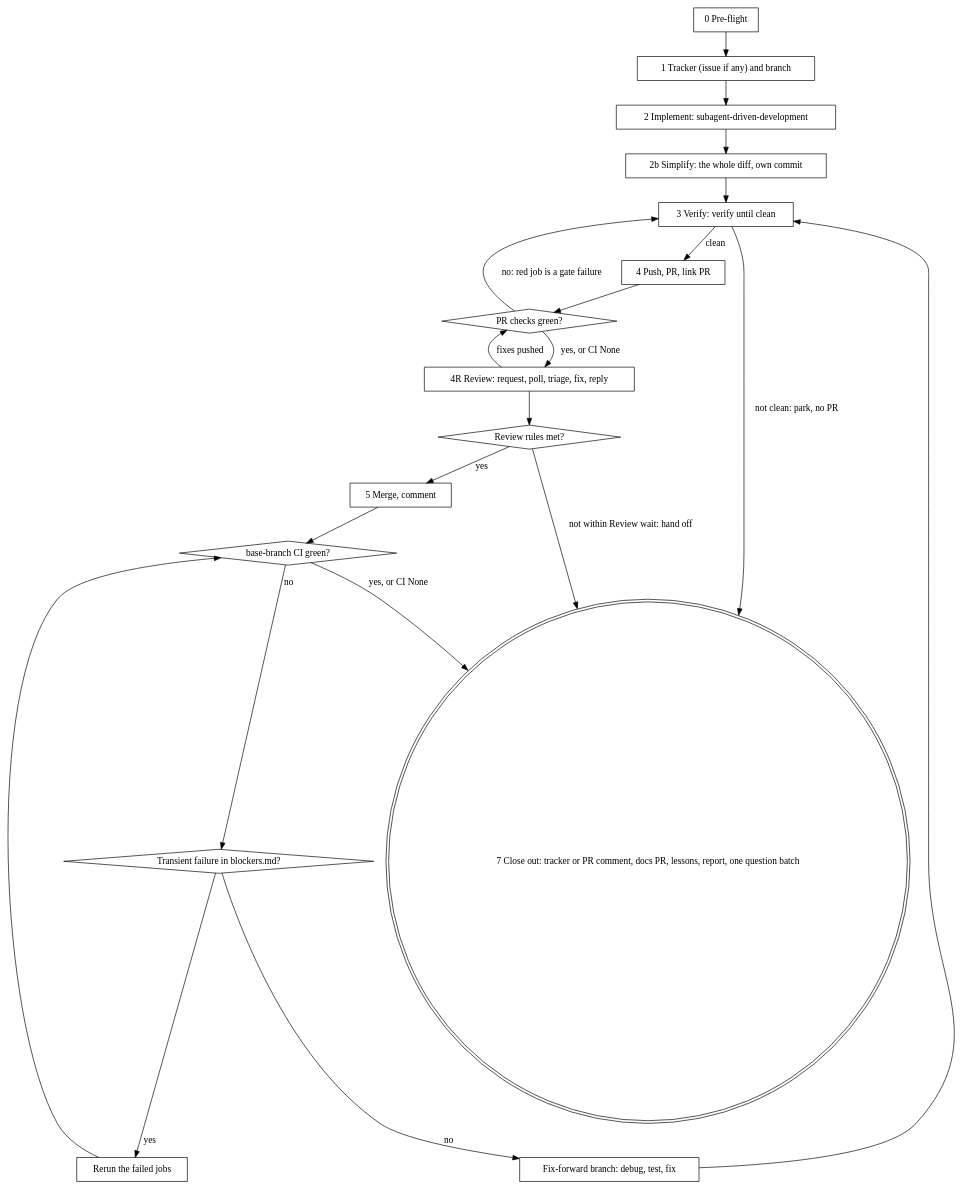
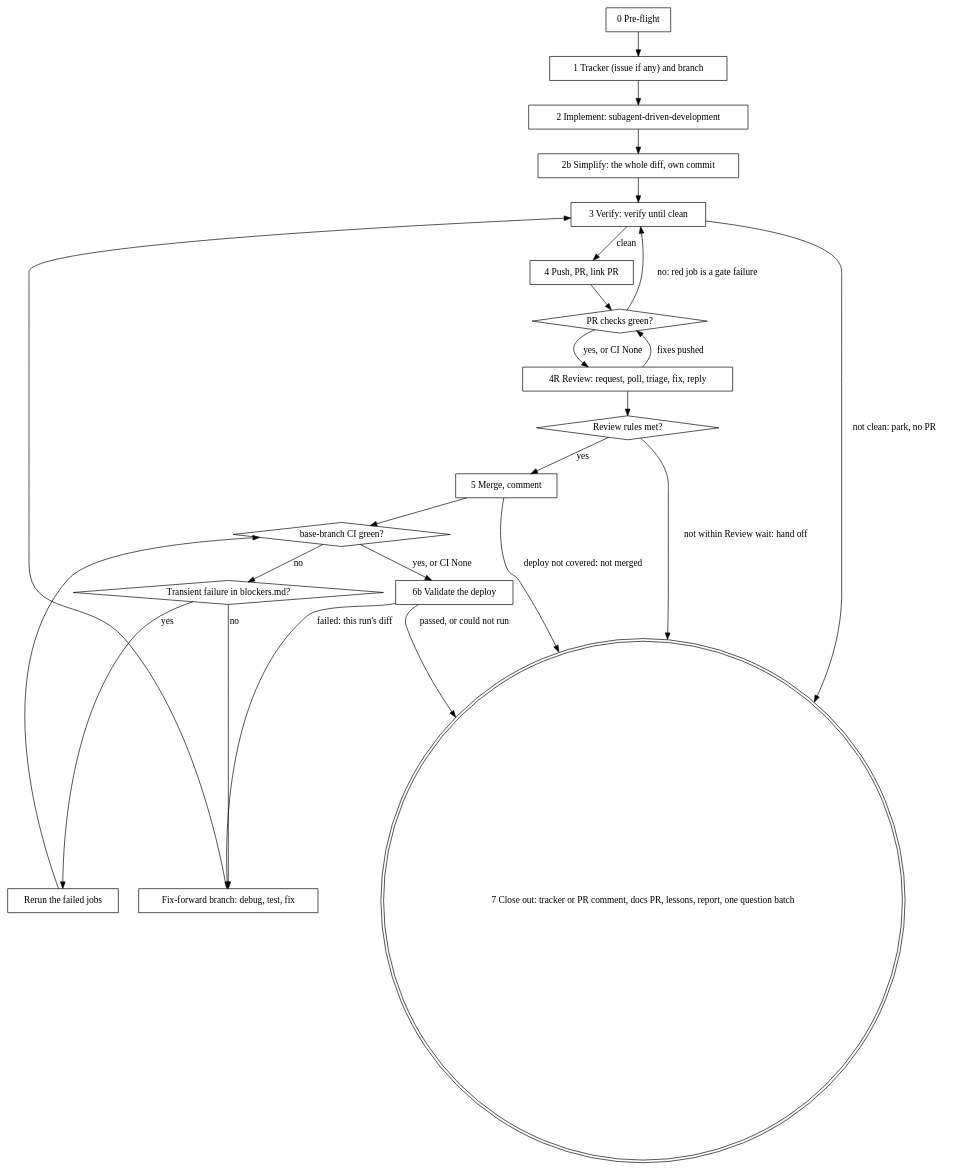
One commit to tarmopr/ai-skills changed the diagram in skills/ship-plan/SKILL.md. Above: the diagram before and after it, drawn with Graphviz. The commit also changed other lines of this file and 4 other files, not shown here.

````diff
--- a/skills/ship-plan/SKILL.md
+++ b/skills/ship-plan/SKILL.md
@@ -184,40 +184,44 @@
 ```dot
 digraph ship {
   "0 Pre-flight" [shape=box];
   "1 Tracker (issue if any) and branch" [shape=box];
   "2 Implement: subagent-driven-development" [shape=box];
   "2b Simplify: the whole diff, own commit" [shape=box];
   "3 Verify: verify until clean" [shape=box];
   "4 Push, PR, link PR" [shape=box];
   "PR checks green?" [shape=diamond];
   "4R Review: request, poll, triage, fix, reply" [shape=box];
   "Review rules met?" [shape=diamond];
   "5 Merge, comment" [shape=box];
   "base-branch CI green?" [shape=diamond];
   "Transient failure in blockers.md?" [shape=diamond];
   "Rerun the failed jobs" [shape=box];
   "Fix-forward branch: debug, test, fix" [shape=box];
+  "6b Validate the deploy" [shape=box];
   "7 Close out: tracker or PR comment, docs PR, lessons, report, one question batch" [shape=doublecircle];
 
   "0 Pre-flight" -> "1 Tracker (issue if any) and branch";
   "1 Tracker (issue if any) and branch" -> "2 Implement: subagent-driven-development";
   "2 Implement: subagent-driven-development" -> "2b Simplify: the whole diff, own commit";
   "2b Simplify: the whole diff, own commit" -> "3 Verify: verify until clean";
   "3 Verify: verify until clean" -> "4 Push, PR, link PR" [label="clean"];
   "3 Verify: verify until clean" -> "7 Close out: tracker or PR comment, docs PR, lessons, report, one question batch" [label="not clean: park, no PR"];
   "4 Push, PR, link PR" -> "PR checks green?";
   "PR checks green?" -> "3 Verify: verify until clean" [label="no: red job is a gate failure"];
   "PR checks green?" -> "4R Review: request, poll, triage, fix, reply" [label="yes, or CI None"];
   "4R Review: request, poll, triage, fix, reply" -> "PR checks green?" [label="fixes pushed"];
   "4R Review: request, poll, triage, fix, reply" -> "Review rules met?";
   "Review rules met?" -> "5 Merge, comment" [label="yes"];
   "Review rules met?" -> "7 Close out: tracker or PR comment, docs PR, lessons, report, one question batch" [label="not within Review wait: hand off"];
   "5 Merge, comment" -> "base-branch CI green?";
-  "base-branch CI green?" -> "7 Close out: tracker or PR comment, docs PR, lessons, report, one question batch" [label="yes, or CI None"];
+  "5 Merge, comment" -> "7 Close out: tracker or PR comment, docs PR, lessons, report, one question batch" [label="deploy not covered: not merged"];
+  "base-branch CI green?" -> "6b Validate the deploy" [label="yes, or CI None"];
+  "6b Validate the deploy" -> "7 Close out: tracker or PR comment, docs PR, lessons, report, one question batch" [label="passed, or could not run"];
+  "6b Validate the deploy" -> "Fix-forward branch: debug, test, fix" [label="failed: this run's diff"];
   "base-branch CI green?" -> "Transient failure in blockers.md?" [label="no"];
   "Transient failure in blockers.md?" -> "Rerun the failed jobs" [label="yes"];
   "Rerun the failed jobs" -> "base-branch CI green?";
   "Transient failure in blockers.md?" -> "Fix-forward branch: debug, test, fix" [label="no"];
   "Fix-forward branch: debug, test, fix" -> "3 Verify: verify until clean";
 }
 ```
````
